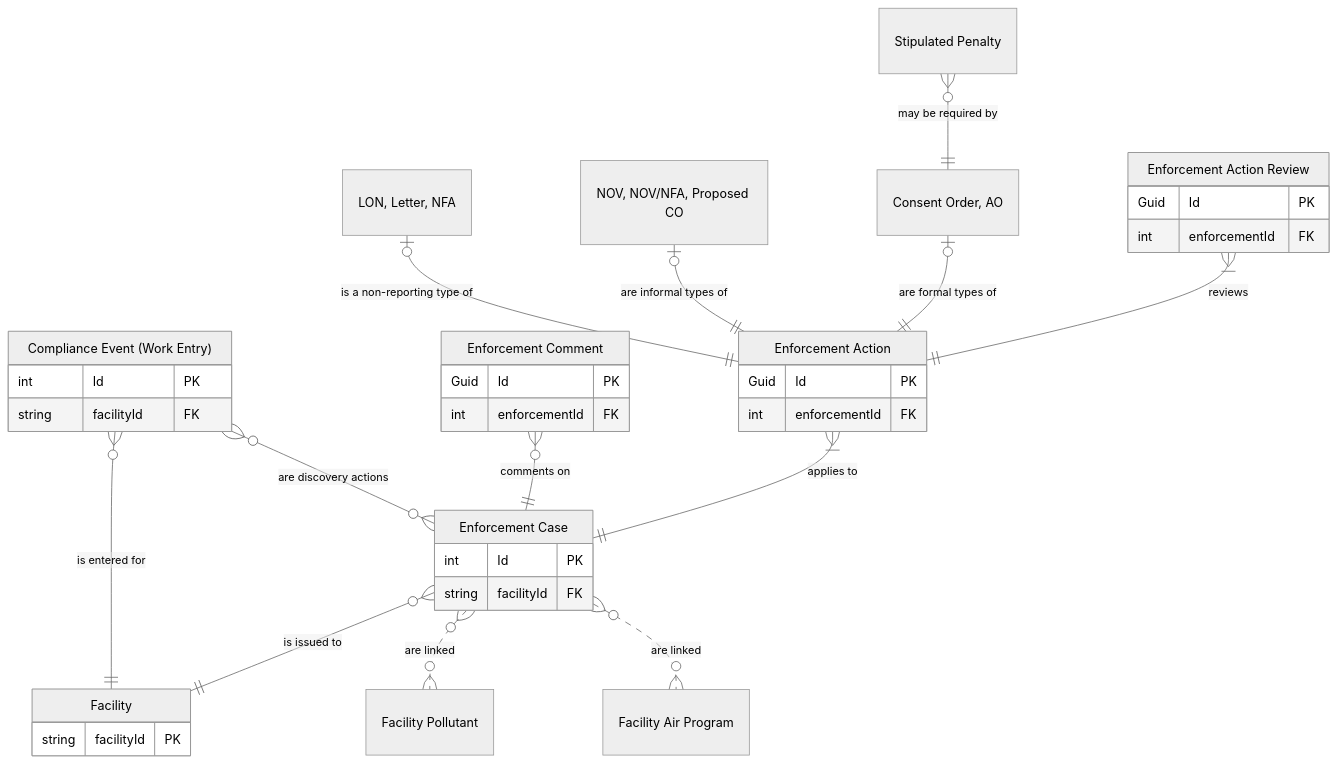
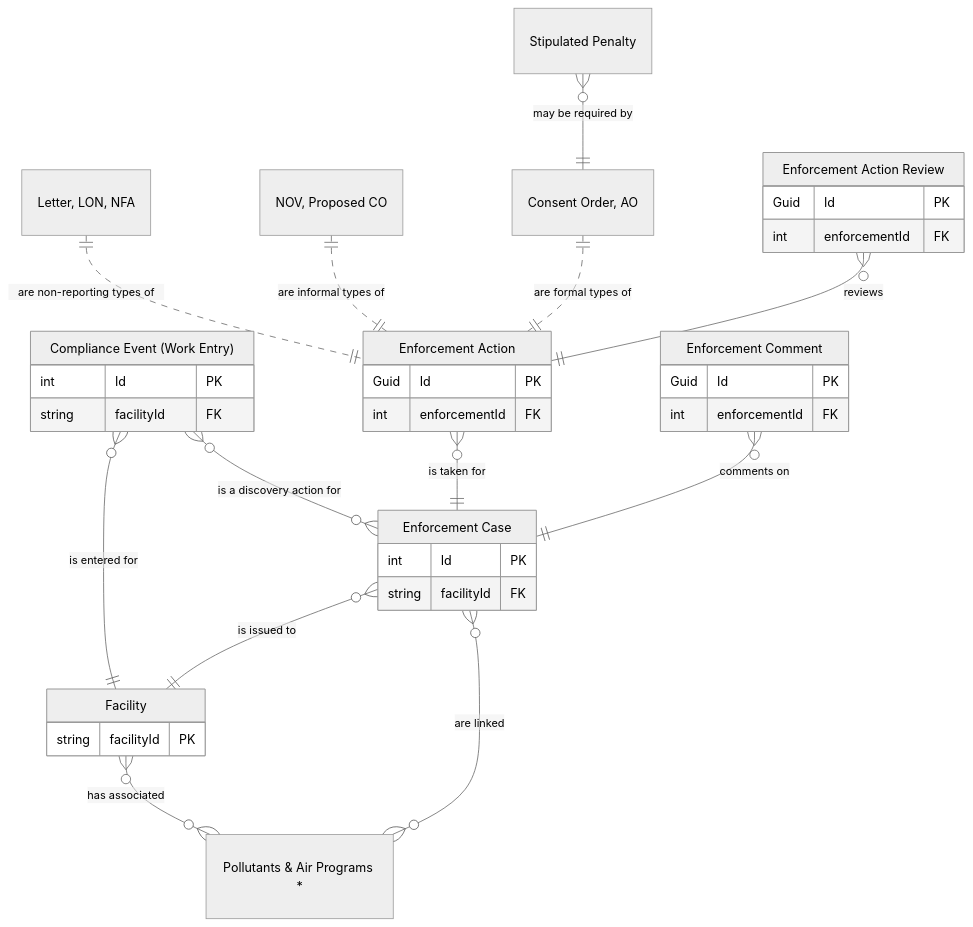
Before and after one commit to gaepdit/air-web: the diagram in docs/Data-entities/Enforcement-ERD.md, drawn with Mermaid (neutral theme). The commit also changed other lines of this file and 11 other files, not shown here.

````diff
--- a/docs/Data-entities/Enforcement-ERD.md
+++ b/docs/Data-entities/Enforcement-ERD.md
@@ -3,51 +3,50 @@
 ```mermaid
 erDiagram
     FAC["Facility"] {
         string facilityId PK
     }
 
     CWE["Compliance Event (Work Entry)"] {
         int Id PK
         string facilityId FK
     }
 
     ENF["Enforcement Case"] {
         int Id PK
         string facilityId FK
     }
 
     CTE["Enforcement Comment"] {
         Guid Id PK
         int enforcementId FK
     }
 
     ACT["Enforcement Action"] {
         Guid Id PK
         int enforcementId FK
     }
 
+    POL["Pollutants & Air Programs *"]
+
     REV["Enforcement Action Review"] {
         Guid Id PK
         int enforcementId FK
     }
 
-    NEA["LON, Letter, NFA"]
-    IEA["NOV, NOV/NFA, Proposed CO"]
+    LTR["Letter, LON, NFA"]
+    IEA["NOV, Proposed CO"]
     FEA["Consent Order, AO"]
-    POL["Facility Pollutant"]
-    PGM["Facility Air Program"]
     STP["Stipulated Penalty"]
+    FAC }o--o{ POL: "has associated"
+    ENF }o--o{ POL: "are linked"
+    CWE }o--o{ ENF: "is a discovery action for"
     CWE }o--|| FAC: "is entered for"
+    ACT }o--|| ENF: "is taken for"
+    CTE }o--|| ENF: "comments on"
     ENF }o--|| FAC: "is issued to"
-    CWE }o--o{ ENF: "are discovery actions"
-    CTE }o--|| ENF: "comments on"
-    ACT }|--|| ENF: "applies to"
-    ENF }o..o{ POL: "are linked"
-    ENF }o..o{ PGM: "are linked"
-    NEA |o--|| ACT: "is a non-reporting type of"
-    IEA |o--|| ACT: "are informal types of"
-    FEA |o--|| ACT: "are formal types of"
-    REV }|--|| ACT: "reviews"
+    LTR ||..|| ACT: "are non-reporting types of"
+    IEA ||..|| ACT: "are informal types of"
+    FEA ||..|| ACT: "are formal types of"
+    REV }o--|| ACT: "reviews"
     STP }o--|| FEA: "may be required by"
-
 ```
````
